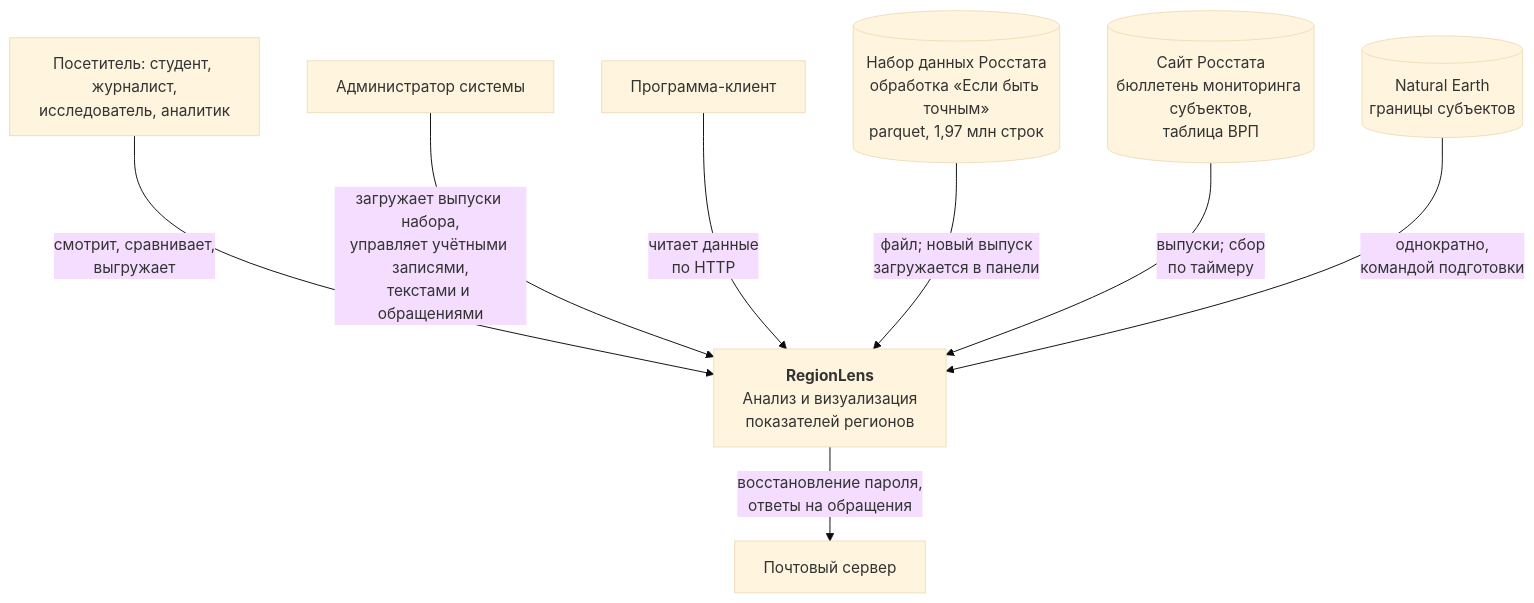
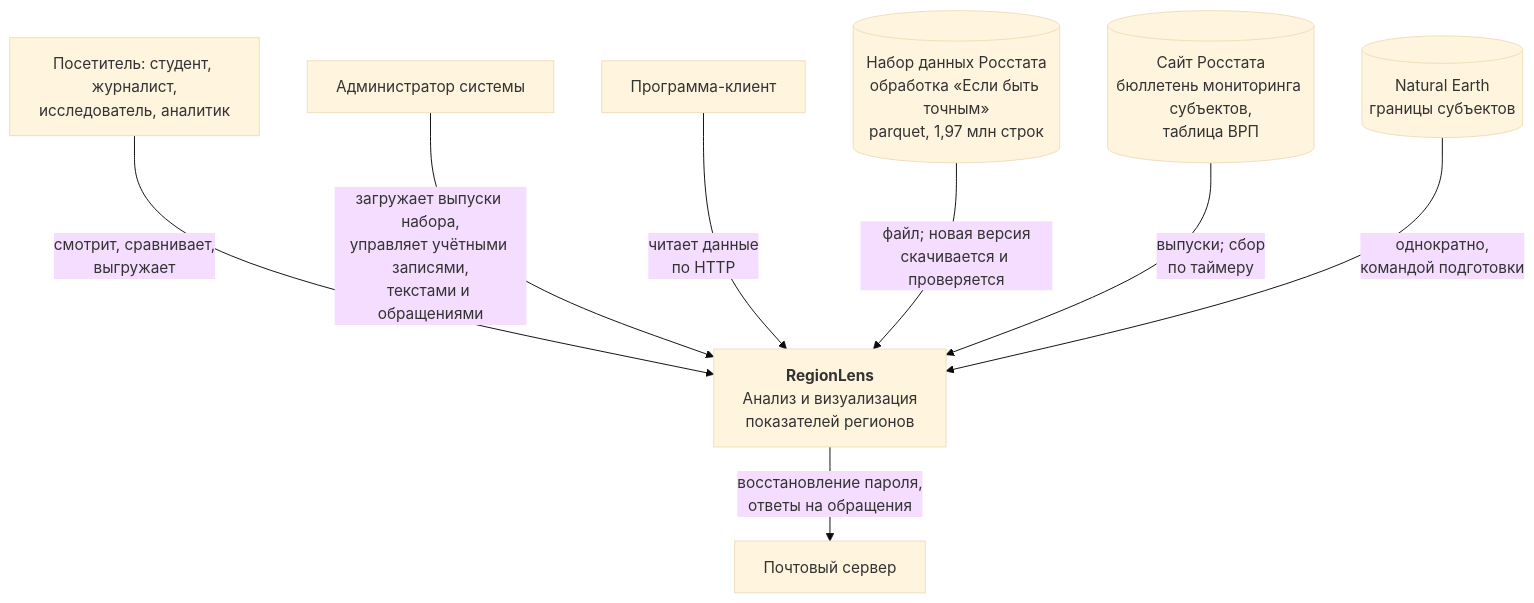
The first of 7 diagrams in docs/ARCHITECTURE.md (ht2473/RegionLens_v2), drawn with Mermaid (base theme) before and after one commit. The commit also changed other lines of this file and 21 other files, not shown here.

First line of the commit message:
Новая версия набора: проверка до замены склада

````diff
--- a/docs/ARCHITECTURE.md
+++ b/docs/ARCHITECTURE.md
@@ -9,22 +9,22 @@
 ```mermaid
 graph TB
     user["Посетитель: студент, журналист,<br/>исследователь, аналитик"]
     admin["Администратор системы"]
     client["Программа-клиент"]
 
     rl["<b>RegionLens</b><br/>Анализ и визуализация<br/>показателей регионов"]
 
     rosstat[("Набор данных Росстата<br/>обработка «Если быть точным»<br/>parquet, 1,97 млн строк")]
     site[("Сайт Росстата<br/>бюллетень мониторинга субъектов,<br/>таблица ВРП")]
     ne[("Natural Earth<br/>границы субъектов")]
     smtp["Почтовый сервер"]
 
     user -->|"смотрит, сравнивает,<br/>выгружает"| rl
     admin -->|"загружает выпуски набора,<br/>управляет учётными записями,<br/>текстами и обращениями"| rl
     client -->|"читает данные<br/>по HTTP"| rl
 
-    rosstat -->|"файл; новый выпуск<br/>загружается в панели"| rl
+    rosstat -->|"файл; новая версия<br/>скачивается и проверяется"| rl
     site -->|"выпуски; сбор<br/>по таймеру"| rl
     ne -->|"однократно,<br/>командой подготовки"| rl
     rl -->|"восстановление пароля,<br/>ответы на обращения"| smtp
 ```
````
